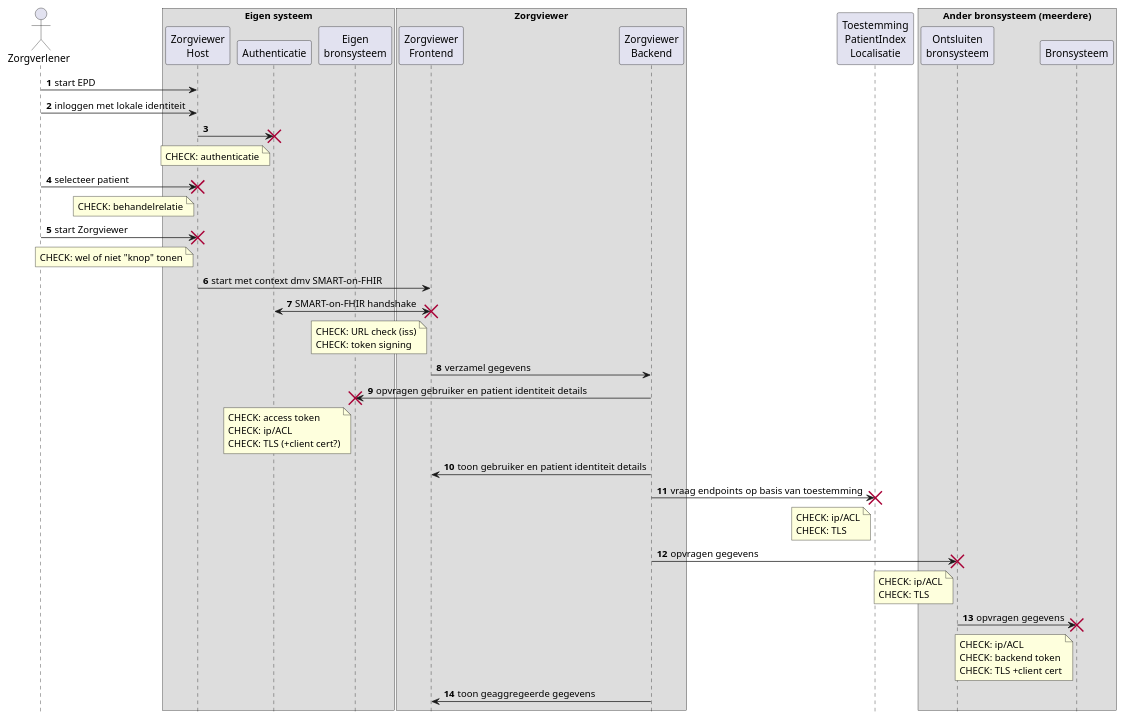
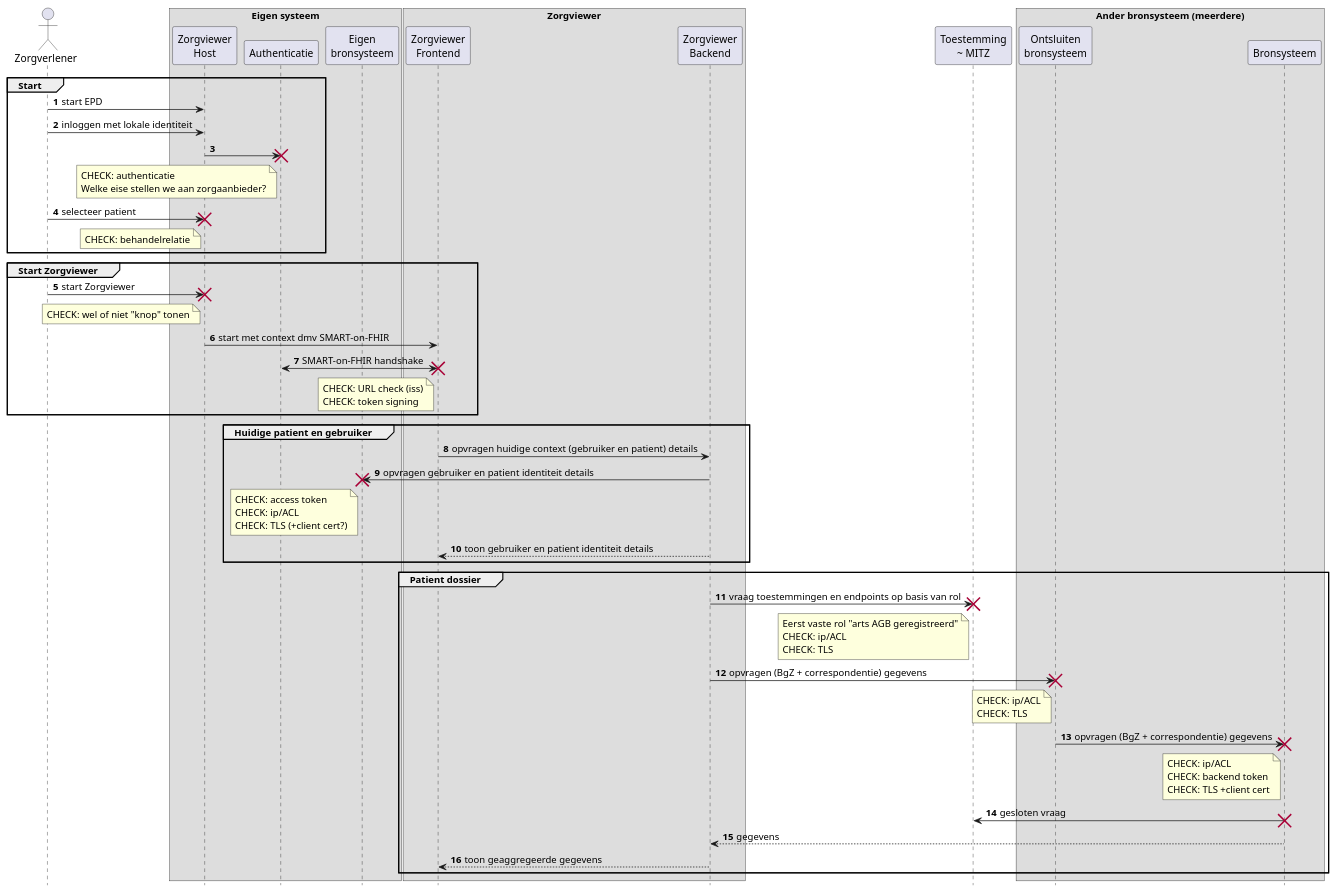
One commit to RIVO-Noord/zorgviewer-ig changed the diagram in input/images-source/Security-Design-seq.plantuml. Above: the diagram before and after it, drawn with PlantUML.

Commit message:
Vervijning met Security Architect

```diff
--- a/input/images-source/Security-Design-seq.plantuml
+++ b/input/images-source/Security-Design-seq.plantuml
@@ -1,79 +1,91 @@
 @startuml
 hide footbox
 autonumber
 
 actor Zorgverlener
 box "Eigen systeem"
   participant "Zorgviewer\nHost" as Host
   participant Authenticatie
   participant "Eigen\nbronsysteem" as EBron
 end box
 box "Zorgviewer"
   participant "Zorgviewer\nFrontend" as ZVFE
   participant "Zorgviewer\nBackend" as ZVBE
 end box
-participant "Toestemming\nPatientIndex\nLocalisatie" as Toestemming
+participant "Toestemming\n~ MITZ" as Toestemming
 box "Ander bronsysteem (meerdere)"
   participant "Ontsluiten\nbronsysteem" as AOBron
   participant "Bronsysteem" as ABron
 end box
 
-Zorgverlener->Host: start EPD
-Zorgverlener->Host: inloggen met lokale identiteit
-Host->Authenticatie
-note left Authenticatie
-  CHECK: authenticatie
-end note
-destroy Authenticatie
-Zorgverlener->Host: selecteer patient
-note left Host
-  CHECK: behandelrelatie
-end note
-destroy Host
-Zorgverlener->Host: start Zorgviewer
-destroy Host
-note left Host
-  CHECK: wel of niet "knop" tonen
-end note
+group Start
+  Zorgverlener->Host: start EPD
+  Zorgverlener->Host: inloggen met lokale identiteit
+  Host->Authenticatie
+  note left Authenticatie
+    CHECK: authenticatie
+    Welke eise stellen we aan zorgaanbieder?
+  end note
+  destroy Authenticatie
+  Zorgverlener->Host: selecteer patient
+  note left Host
+    CHECK: behandelrelatie
+  end note
+  destroy Host
+end
 
-Host->ZVFE: start met context dmv SMART-on-FHIR
-ZVFE<->Authenticatie: SMART-on-FHIR handshake
-note left ZVFE
-  CHECK: URL check (iss)
-  CHECK: token signing
-end note
-destroy ZVFE
-ZVFE->ZVBE: verzamel gegevens
-ZVBE->EBron: opvragen gebruiker en patient identiteit details
-note left EBron
-  CHECK: access token
-  CHECK: ip/ACL
-  CHECK: TLS (+client cert?)
-end note
-destroy EBron
-ZVBE->ZVFE: toon gebruiker en patient identiteit details
+group Start Zorgviewer
+  Zorgverlener->Host: start Zorgviewer
+  destroy Host
+  note left Host
+    CHECK: wel of niet "knop" tonen
+  end note
+  Host->ZVFE: start met context dmv SMART-on-FHIR
+  ZVFE<->Authenticatie: SMART-on-FHIR handshake
+  note left ZVFE
+    CHECK: URL check (iss)
+    CHECK: token signing
+  end note
+  destroy ZVFE
+end
 
-ZVBE->Toestemming: vraag endpoints op basis van toestemming
-note left Toestemming
-  CHECK: ip/ACL
-  CHECK: TLS
-end note
-destroy Toestemming
+group Huidige patient en gebruiker
+  ZVFE->ZVBE: opvragen huidige context (gebruiker en patient) details
+  ZVBE->EBron: opvragen gebruiker en patient identiteit details
+  note left EBron
+    CHECK: access token
+    CHECK: ip/ACL
+    CHECK: TLS (+client cert?)
+  end note
+  destroy EBron
+  ZVBE-->ZVFE: toon gebruiker en patient identiteit details
+end
 
-ZVBE->AOBron: opvragen gegevens
-note left AOBron
-  CHECK: ip/ACL
-  CHECK: TLS
-end note
-destroy AOBron
-AOBron->ABron: opvragen gegevens
-note left ABron
-  CHECK: ip/ACL
-  CHECK: backend token
-  CHECK: TLS +client cert
-end note
-destroy ABron
-
-ZVBE->ZVFE: toon geaggregeerde gegevens
+group Patient dossier
+  ZVBE->Toestemming: vraag toestemmingen en endpoints op basis van rol
+  note left Toestemming
+    Eerst vaste rol "arts AGB geregistreerd"
+    CHECK: ip/ACL
+    CHECK: TLS
+  end note
+  destroy Toestemming
+  ZVBE->AOBron: opvragen (BgZ + correspondentie) gegevens
+  note left AOBron
+    CHECK: ip/ACL
+    CHECK: TLS
+  end note
+  destroy AOBron
+  AOBron->ABron: opvragen (BgZ + correspondentie) gegevens
+  note left ABron
+    CHECK: ip/ACL
+    CHECK: backend token
+    CHECK: TLS +client cert
+  end note
+  destroy ABron
+  ABron->Toestemming: gesloten vraag
+  destroy ABron
+  ABron-->ZVBE: gegevens
+  ZVBE-->ZVFE: toon geaggregeerde gegevens
+end
 
 @enduml
```
